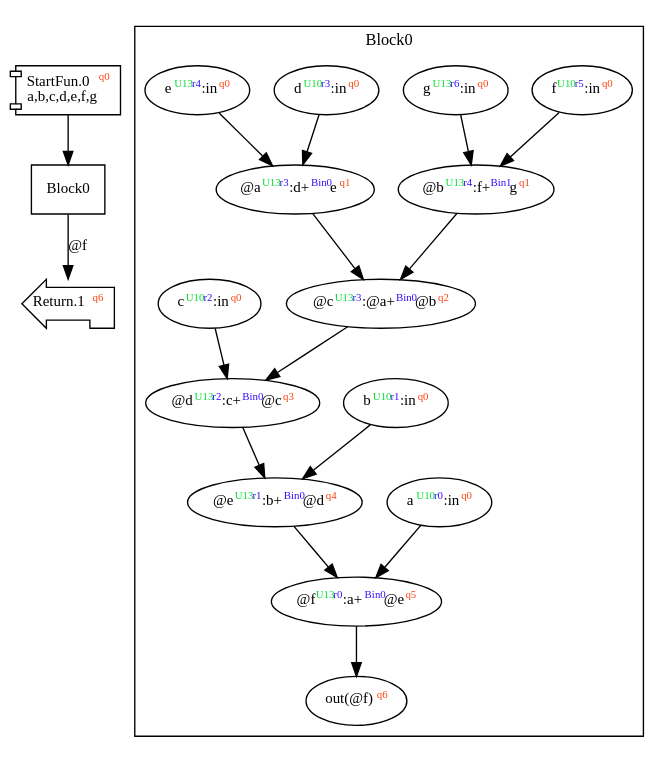
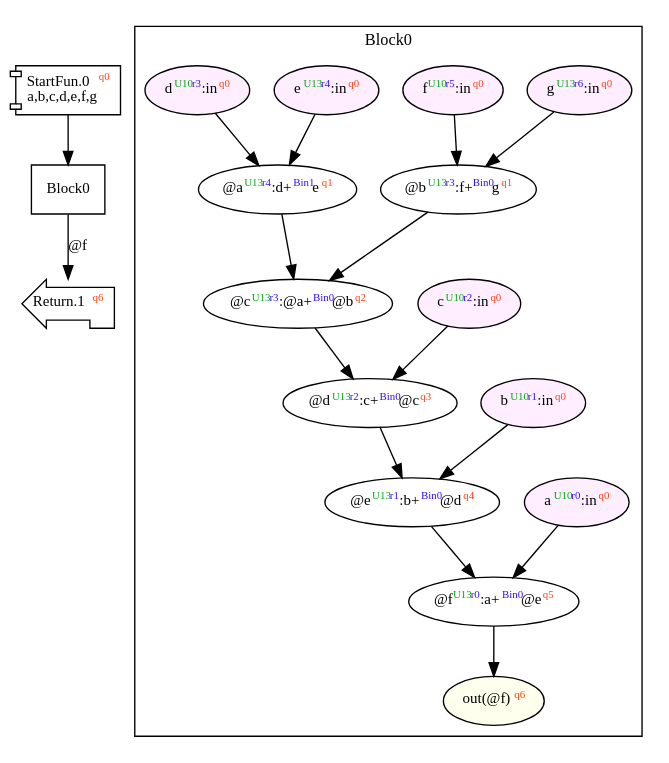
One commit to akouryy/SyntheScala changed the diagram in dist/add7.dot. Above: the diagram before and after it, drawn with Graphviz. The commit also changed 37 other files, not shown here.

```diff
--- a/dist/add7.dot
+++ b/dist/add7.dot
@@ -1,41 +1,41 @@
 digraph Program_ {
   graph [fontname = "Monaco", fontsize = 12, ranksep = 0.5];
   node [shape = box, fontname = "Monaco", fontsize = 11; colorscheme = pastel19];
   edge [fontname = "Monaco", fontsize = 11; colorscheme = pastel19];
   Jump0[label = <StartFun.0<font color="#ff4411" point-size="8"><sup>q0</sup></font><br/>a,b,c,d,e,f,g>; shape = component];
   Jump0 -> Block0;
   Jump1[label = <Return.1<font color="#ff4411" point-size="8"><sup>q6</sup></font>>; shape = lpromoter];
   Block0 -> Jump1 [label="@f"];
   Block0 [label = "Block0"];
   subgraph cluster_dfg_Block0 {
     node [shape = oval];
     label = "Block0";
-    ndBlock0_0 [label=<d<font color="#00dd33" point-size="8"><sup>U10</sup></font><font color="#3311ff" point-size="8"><sup>r3</sup></font>:in<font color="#ff4411" point-size="8"><sup>q0</sup></font>>];
-    ndBlock0_1 [label=<@f<font color="#00dd33" point-size="8"><sup>U13</sup></font><font color="#3311ff" point-size="8"><sup>r0</sup></font>:a+<font color="#3311ff" point-size="8"><sup>Bin0</sup></font>@e<font color="#ff4411" point-size="8"><sup>q5</sup></font>>];
-    ndBlock0_2 [label=<f<font color="#00dd33" point-size="8"><sup>U10</sup></font><font color="#3311ff" point-size="8"><sup>r5</sup></font>:in<font color="#ff4411" point-size="8"><sup>q0</sup></font>>];
-    ndBlock0_3 [label=<g<font color="#00dd33" point-size="8"><sup>U13</sup></font><font color="#3311ff" point-size="8"><sup>r6</sup></font>:in<font color="#ff4411" point-size="8"><sup>q0</sup></font>>];
-    ndBlock0_4 [label=<@a<font color="#00dd33" point-size="8"><sup>U13</sup></font><font color="#3311ff" point-size="8"><sup>r3</sup></font>:d+<font color="#3311ff" point-size="8"><sup>Bin0</sup></font>e<font color="#ff4411" point-size="8"><sup>q1</sup></font>>];
-    ndBlock0_5 [label=<a<font color="#00dd33" point-size="8"><sup>U10</sup></font><font color="#3311ff" point-size="8"><sup>r0</sup></font>:in<font color="#ff4411" point-size="8"><sup>q0</sup></font>>];
-    ndBlock0_6 [label=<b<font color="#00dd33" point-size="8"><sup>U10</sup></font><font color="#3311ff" point-size="8"><sup>r1</sup></font>:in<font color="#ff4411" point-size="8"><sup>q0</sup></font>>];
-    ndBlock0_7 [label=<@e<font color="#00dd33" point-size="8"><sup>U13</sup></font><font color="#3311ff" point-size="8"><sup>r1</sup></font>:b+<font color="#3311ff" point-size="8"><sup>Bin0</sup></font>@d<font color="#ff4411" point-size="8"><sup>q4</sup></font>>];
-    ndBlock0_8 [label=<@d<font color="#00dd33" point-size="8"><sup>U13</sup></font><font color="#3311ff" point-size="8"><sup>r2</sup></font>:c+<font color="#3311ff" point-size="8"><sup>Bin0</sup></font>@c<font color="#ff4411" point-size="8"><sup>q3</sup></font>>];
-    ndBlock0_9 [label=<e<font color="#00dd33" point-size="8"><sup>U13</sup></font><font color="#3311ff" point-size="8"><sup>r4</sup></font>:in<font color="#ff4411" point-size="8"><sup>q0</sup></font>>];
-    ndBlock0_10 [label=<@c<font color="#00dd33" point-size="8"><sup>U13</sup></font><font color="#3311ff" point-size="8"><sup>r3</sup></font>:@a+<font color="#3311ff" point-size="8"><sup>Bin0</sup></font>@b<font color="#ff4411" point-size="8"><sup>q2</sup></font>>];
-    ndBlock0_11 [label=<c<font color="#00dd33" point-size="8"><sup>U10</sup></font><font color="#3311ff" point-size="8"><sup>r2</sup></font>:in<font color="#ff4411" point-size="8"><sup>q0</sup></font>>];
-    ndBlock0_12 [label=<out(@f)<font color="#ff4411" point-size="8"><sup>q6</sup></font>>];
-    ndBlock0_13 [label=<@b<font color="#00dd33" point-size="8"><sup>U13</sup></font><font color="#3311ff" point-size="8"><sup>r4</sup></font>:f+<font color="#3311ff" point-size="8"><sup>Bin1</sup></font>g<font color="#ff4411" point-size="8"><sup>q1</sup></font>>];
-    ndBlock0_0 -> ndBlock0_4;
-    ndBlock0_1 -> ndBlock0_12;
-    ndBlock0_10 -> ndBlock0_8;
-    ndBlock0_11 -> ndBlock0_8;
-    ndBlock0_13 -> ndBlock0_10;
-    ndBlock0_2 -> ndBlock0_13;
-    ndBlock0_3 -> ndBlock0_13;
-    ndBlock0_4 -> ndBlock0_10;
-    ndBlock0_5 -> ndBlock0_1;
-    ndBlock0_6 -> ndBlock0_7;
-    ndBlock0_7 -> ndBlock0_1;
-    ndBlock0_8 -> ndBlock0_7;
-    ndBlock0_9 -> ndBlock0_4;
+    0 [label=<@a<font color="#00aa11" point-size="8"><sup>U13</sup></font><font color="#3311ff" point-size="8"><sup>r4</sup></font>:d+<font color="#3311ff" point-size="8"><sup>Bin1</sup></font>e<font color="#ff4411" point-size="8"><sup>q1</sup></font>>; ];
+    5 [label=<@f<font color="#00aa11" point-size="8"><sup>U13</sup></font><font color="#3311ff" point-size="8"><sup>r0</sup></font>:a+<font color="#3311ff" point-size="8"><sup>Bin0</sup></font>@e<font color="#ff4411" point-size="8"><sup>q5</sup></font>>; ];
+    10 [label=<b<font color="#00aa11" point-size="8"><sup>U10</sup></font><font color="#3311ff" point-size="8"><sup>r1</sup></font>:in<font color="#ff4411" point-size="8"><sup>q0</sup></font>>; style="filled"; fillcolor="#ffeeff";];
+    1 [label=<@b<font color="#00aa11" point-size="8"><sup>U13</sup></font><font color="#3311ff" point-size="8"><sup>r3</sup></font>:f+<font color="#3311ff" point-size="8"><sup>Bin0</sup></font>g<font color="#ff4411" point-size="8"><sup>q1</sup></font>>; ];
+    6 [label=<a<font color="#00aa11" point-size="8"><sup>U10</sup></font><font color="#3311ff" point-size="8"><sup>r0</sup></font>:in<font color="#ff4411" point-size="8"><sup>q0</sup></font>>; style="filled"; fillcolor="#ffeeff";];
+    9 [label=<g<font color="#00aa11" point-size="8"><sup>U13</sup></font><font color="#3311ff" point-size="8"><sup>r6</sup></font>:in<font color="#ff4411" point-size="8"><sup>q0</sup></font>>; style="filled"; fillcolor="#ffeeff";];
+    13 [label=<out(@f)<font color="#ff4411" point-size="8"><sup>q6</sup></font>>; style="filled"; fillcolor="#ffffee";];
+    2 [label=<@c<font color="#00aa11" point-size="8"><sup>U13</sup></font><font color="#3311ff" point-size="8"><sup>r3</sup></font>:@a+<font color="#3311ff" point-size="8"><sup>Bin0</sup></font>@b<font color="#ff4411" point-size="8"><sup>q2</sup></font>>; ];
+    12 [label=<c<font color="#00aa11" point-size="8"><sup>U10</sup></font><font color="#3311ff" point-size="8"><sup>r2</sup></font>:in<font color="#ff4411" point-size="8"><sup>q0</sup></font>>; style="filled"; fillcolor="#ffeeff";];
+    7 [label=<d<font color="#00aa11" point-size="8"><sup>U10</sup></font><font color="#3311ff" point-size="8"><sup>r3</sup></font>:in<font color="#ff4411" point-size="8"><sup>q0</sup></font>>; style="filled"; fillcolor="#ffeeff";];
+    3 [label=<@d<font color="#00aa11" point-size="8"><sup>U13</sup></font><font color="#3311ff" point-size="8"><sup>r2</sup></font>:c+<font color="#3311ff" point-size="8"><sup>Bin0</sup></font>@c<font color="#ff4411" point-size="8"><sup>q3</sup></font>>; ];
+    11 [label=<f<font color="#00aa11" point-size="8"><sup>U10</sup></font><font color="#3311ff" point-size="8"><sup>r5</sup></font>:in<font color="#ff4411" point-size="8"><sup>q0</sup></font>>; style="filled"; fillcolor="#ffeeff";];
+    8 [label=<e<font color="#00aa11" point-size="8"><sup>U13</sup></font><font color="#3311ff" point-size="8"><sup>r4</sup></font>:in<font color="#ff4411" point-size="8"><sup>q0</sup></font>>; style="filled"; fillcolor="#ffeeff";];
+    4 [label=<@e<font color="#00aa11" point-size="8"><sup>U13</sup></font><font color="#3311ff" point-size="8"><sup>r1</sup></font>:b+<font color="#3311ff" point-size="8"><sup>Bin0</sup></font>@d<font color="#ff4411" point-size="8"><sup>q4</sup></font>>; ];
+    0 -> 2;
+    1 -> 2;
+    2 -> 3;
+    3 -> 4;
+    4 -> 5;
+    5 -> 13;
+    6 -> 5;
+    7 -> 0;
+    8 -> 0;
+    9 -> 1;
+    10 -> 4;
+    11 -> 1;
+    12 -> 3;
   }
 }
```
